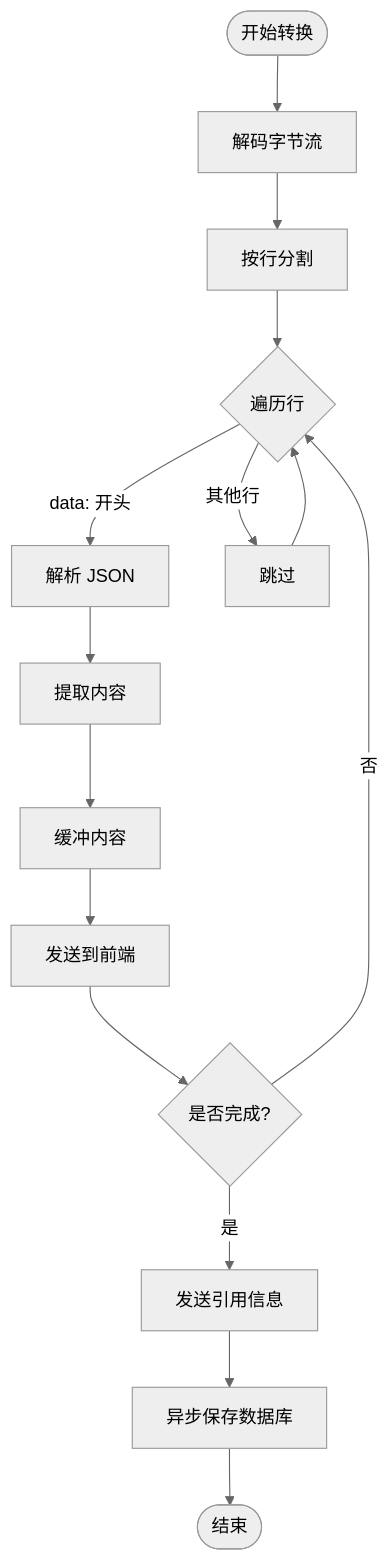
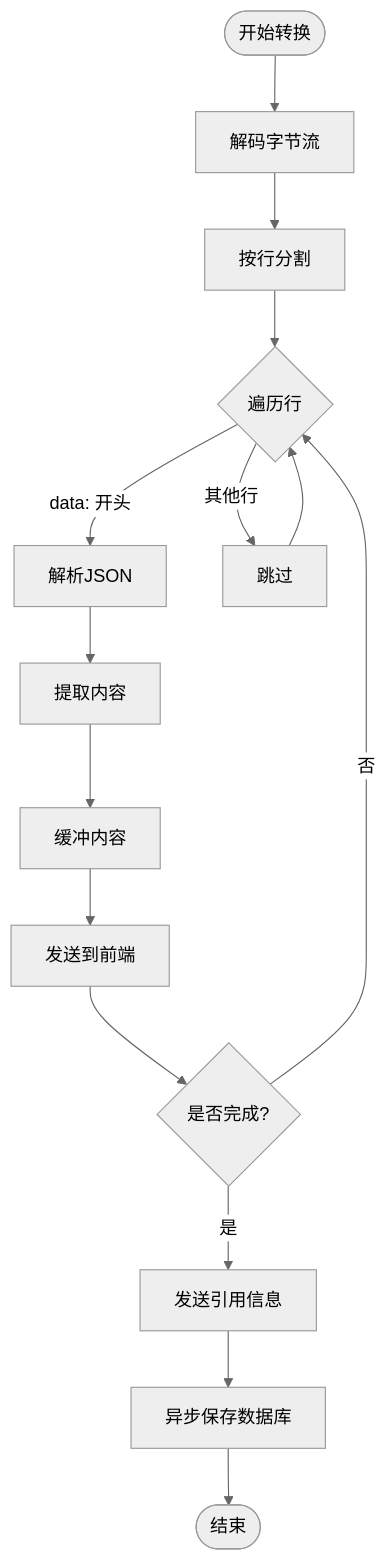
Before and after one commit to lbl-bm/notebookLM-clone: the third of 8 diagrams in .qoder/repowiki/zh/content/RAG 问答系统/流式输出实现.md, drawn with Mermaid (neutral theme). The commit also changed other lines of this file and 3 other files, not shown here.

````diff
--- a/.qoder/repowiki/zh/content/RAG 问答系统/流式输出实现.md
+++ b/.qoder/repowiki/zh/content/RAG 问答系统/流式输出实现.md
@@ -149,17 +186,17 @@
 ```mermaid
 flowchart TD
 Start([开始转换]) --> Decode[解码字节流]
 Decode --> Split[按行分割]
 Split --> Loop{遍历行}
-Loop --> |data: 开头| Parse[解析 JSON]
+Loop --> |data: 开头| Parse[解析JSON]
 Loop --> |其他行| Skip[跳过]
 Parse --> Extract[提取内容]
 Extract --> Buffer[缓冲内容]
 Buffer --> Enqueue[发送到前端]
 Enqueue --> Done{是否完成?}
 Skip --> Loop
 Done --> |否| Loop
 Done --> |是| Citations[发送引用信息]
 Citations --> SaveDB[异步保存数据库]
 SaveDB --> End([结束])
 ```
````
